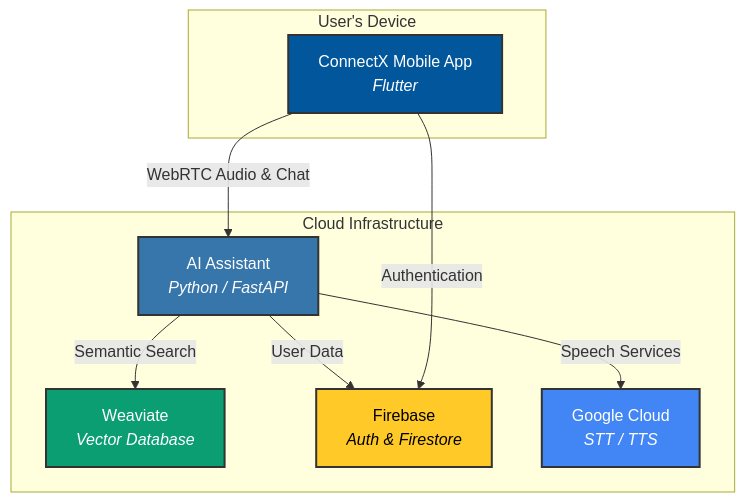
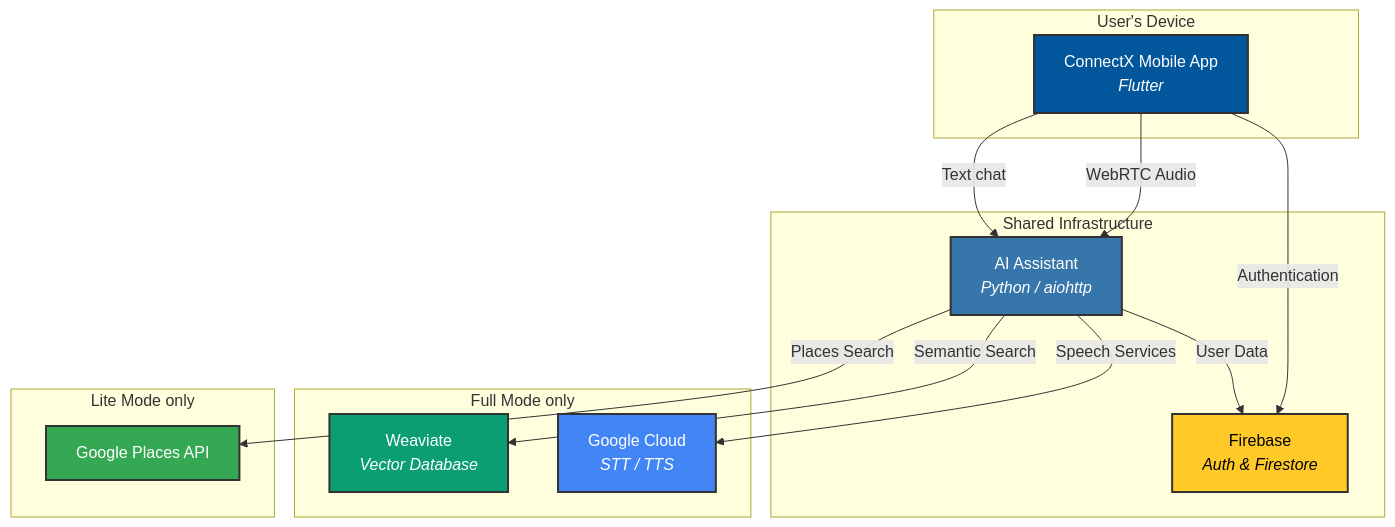
One commit to Fides-Connect/linkora changed the diagram in README.md. Above: the diagram before and after it, drawn with Mermaid. The commit also changed other lines of this file, not shown here.

````diff
--- a/README.md
+++ b/README.md
@@ -79,25 +79,35 @@
 ```mermaid
 graph TD
     subgraph "User's Device"
         A[ConnectX Mobile App <br><i>Flutter</i>]
     end
 
-    subgraph "Cloud Infrastructure"
-        B[AI Assistant <br><i>Python / FastAPI</i>]
+    subgraph "Shared Infrastructure"
+        B[AI Assistant <br><i>Python / aiohttp</i>]
+        D[Firebase <br><i>Auth & Firestore</i>]
+    end
+
+    subgraph "Full Mode only"
         C[Weaviate <br><i>Vector Database</i>]
-        D[Firebase <br><i>Auth & Firestore</i>]
         E[Google Cloud <br><i>STT / TTS</i>]
     end
 
-    A -- "WebRTC Audio & Chat" --> B
+    subgraph "Lite Mode only"
+        F[Google Places API]
+    end
+
+    A -- "Authentication" --> D
+    A -- "WebRTC Audio" --> B
+    A -- "Text chat" --> B
+    B -- "User Data" --> D
     B -- "Semantic Search" --> C
-    B -- "User Data" --> D
     B -- "Speech Services" --> E
-    A -- "Authentication" --> D
+    B -- "Places Search" --> F
 
     style A fill:#02569B,stroke:#333,stroke-width:2px,color:#fff
     style B fill:#3776AB,stroke:#333,stroke-width:2px,color:#fff
     style C fill:#0C9E73,stroke:#333,stroke-width:2px,color:#fff
     style D fill:#FFCA28,stroke:#333,stroke-width:2px,color:#000
     style E fill:#4285F4,stroke:#333,stroke-width:2px,color:#fff
+    style F fill:#34A853,stroke:#333,stroke-width:2px,color:#fff
 ```
````
